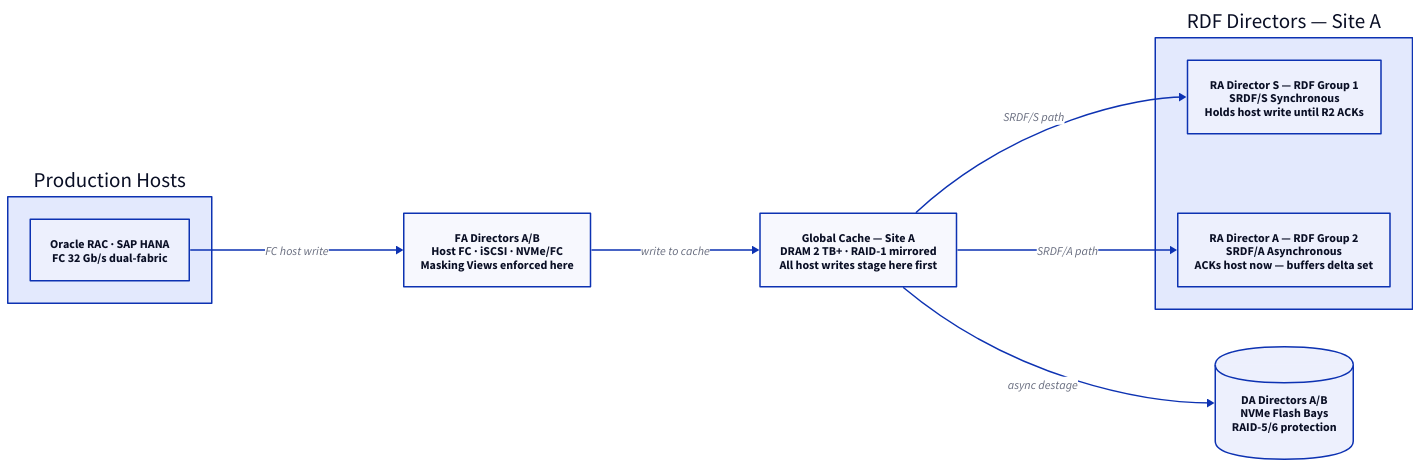
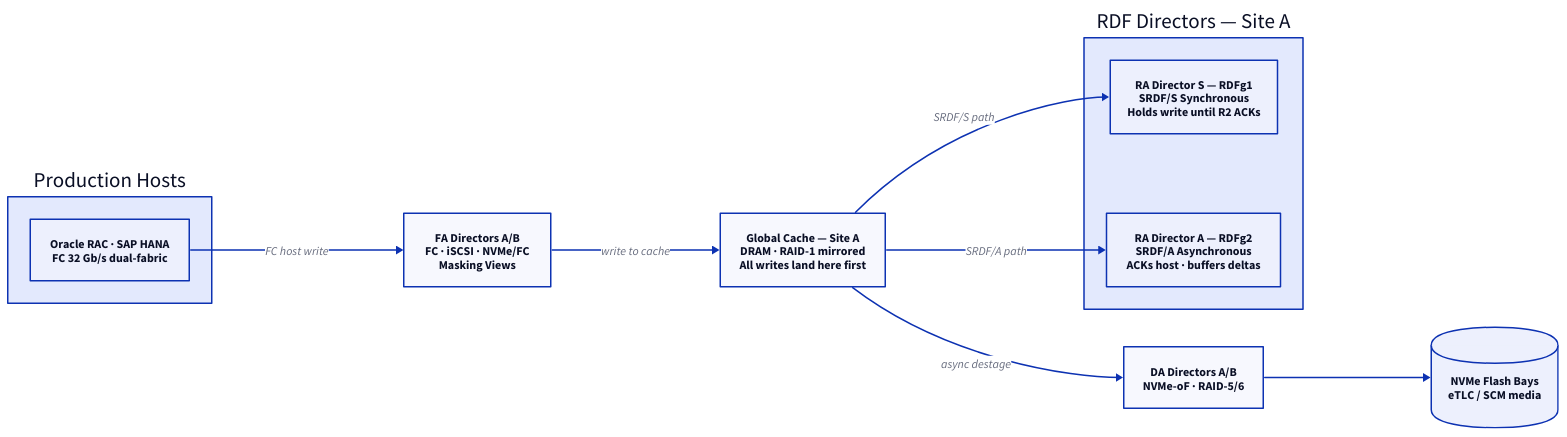
One commit to canast01/chris-kb changed the third of 4 diagrams in docs/storage/dell/powermax/architecture/how-it-works.md. Above: the diagram before and after it, drawn with D2. The commit also changed other lines of this file and 3393 other files, not shown here.

First line of the commit message:
Remove 2,800+ trivial D2 diagrams; refine PowerMax architecture; 41-check audit clean

````diff
--- a/docs/storage/dell/powermax/architecture/how-it-works.md
+++ b/docs/storage/dell/powermax/architecture/how-it-works.md
@@ -257,24 +254,27 @@
 ```d2
 direction: right
 
 hosts: Production Hosts {
   h: Oracle RAC · SAP HANA\nFC 32 Gb/s dual-fabric {shape: rectangle}
 }
 
-fa: FA Directors A/B\nHost FC · iSCSI · NVMe/FC\nMasking Views enforced here {shape: rectangle}
+fa: FA Directors A/B\nFC · iSCSI · NVMe/FC\nMasking Views {shape: rectangle}
 
-gc: Global Cache — Site A\nDRAM 2 TB+ · RAID-1 mirrored\nAll host writes stage here first {shape: rectangle}
+gc: Global Cache — Site A\nDRAM · RAID-1 mirrored\nAll writes land here first {shape: rectangle}
 
 ra: RDF Directors — Site A {
-  ra_s: RA Director S — RDF Group 1\nSRDF/S Synchronous\nHolds host write until R2 ACKs {shape: rectangle}
-  ra_a: RA Director A — RDF Group 2\nSRDF/A Asynchronous\nACKs host now — buffers delta set {shape: rectangle}
+  ra_s: RA Director S — RDFg1\nSRDF/S Synchronous\nHolds write until R2 ACKs {shape: rectangle}
+  ra_a: RA Director A — RDFg2\nSRDF/A Asynchronous\nACKs host · buffers deltas {shape: rectangle}
 }
 
-da: DA Directors A/B\nNVMe Flash Bays\nRAID-5/6 protection {shape: cylinder}
+da: DA Directors A/B\nNVMe-oF · RAID-5/6 {shape: rectangle}
+
+flash: NVMe Flash Bays\neTLC / SCM media {shape: cylinder}
 
 hosts.h -> fa: FC host write
 fa -> gc: write to cache
 gc -> da: async destage
 gc -> ra.ra_s: SRDF/S path
 gc -> ra.ra_a: SRDF/A path
+da -> flash
 ```
````
